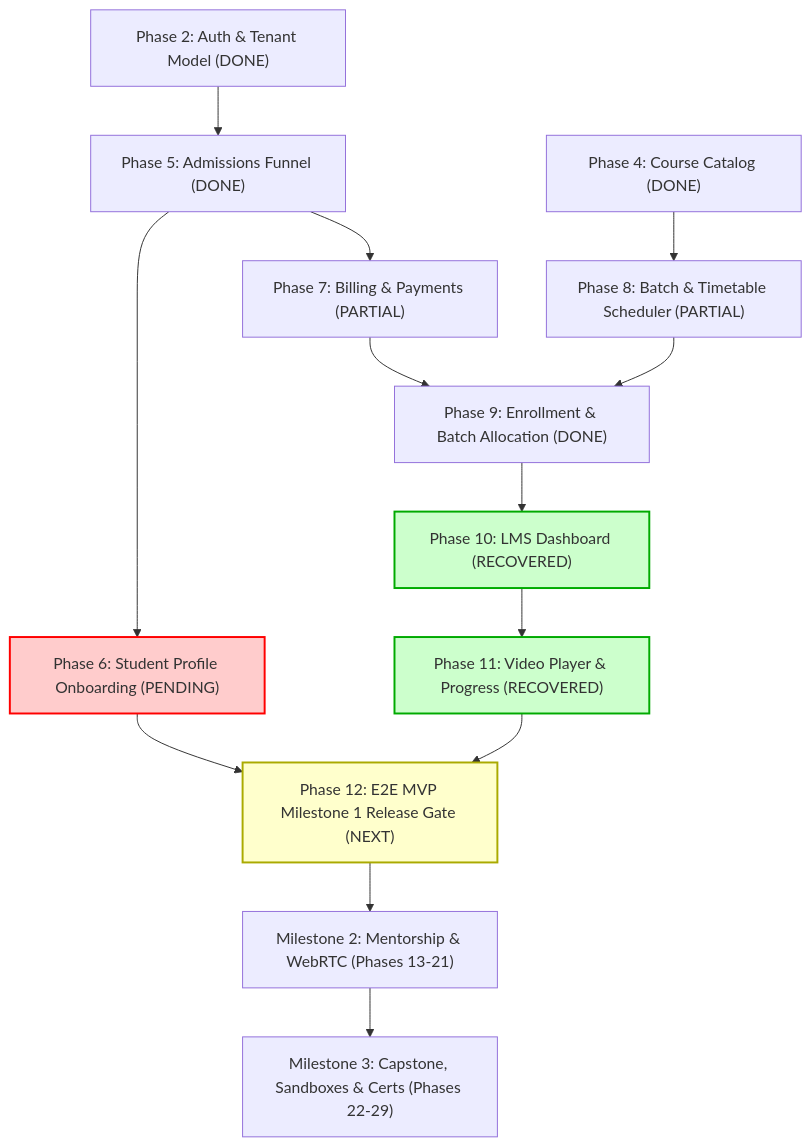
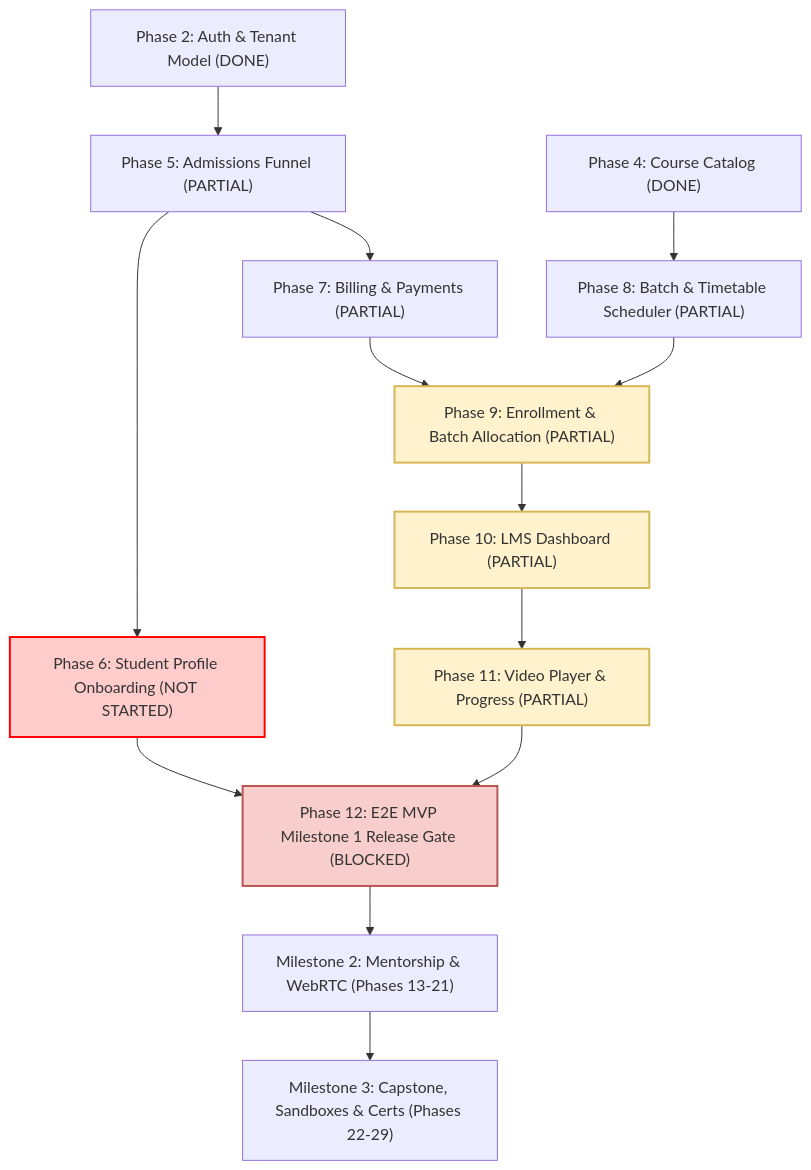
The diagram in docs/PHASE_ALIGNMENT.md (saiprakash-nexarats/academy), drawn with Mermaid before and after one commit. The commit also changed other lines of this file and 3 other files, not shown here.

Commit message:
docs(audit): complete comprehensive 70-phase development progress audit

````diff
--- a/docs/PHASE_ALIGNMENT.md
+++ b/docs/PHASE_ALIGNMENT.md
@@ -88,20 +110,21 @@
 ```mermaid
 flowchart TD
-    P2["Phase 2: Auth & Tenant Model (DONE)"] --> P5["Phase 5: Admissions Funnel (DONE)"]
+    P2["Phase 2: Auth & Tenant Model (DONE)"] --> P5["Phase 5: Admissions Funnel (PARTIAL)"]
     P4["Phase 4: Course Catalog (DONE)"] --> P8["Phase 8: Batch & Timetable Scheduler (PARTIAL)"]
     P5 --> P7["Phase 7: Billing & Payments (PARTIAL)"]
-    P5 --> P6["Phase 6: Student Profile Onboarding (PENDING)"]
-    P7 --> P9["Phase 9: Enrollment & Batch Allocation (DONE)"]
+    P5 --> P6["Phase 6: Student Profile Onboarding (NOT STARTED)"]
+    P7 --> P9["Phase 9: Enrollment & Batch Allocation (PARTIAL)"]
     P8 --> P9
-    P9 --> P10["Phase 10: LMS Dashboard (RECOVERED)"]
-    P10 --> P11["Phase 11: Video Player & Progress (RECOVERED)"]
-    P6 --> P12["Phase 12: E2E MVP Milestone 1 Release Gate (NEXT)"]
+    P9 --> P10["Phase 10: LMS Dashboard (PARTIAL)"]
+    P10 --> P11["Phase 11: Video Player & Progress (PARTIAL)"]
+    P6 --> P12["Phase 12: E2E MVP Milestone 1 Release Gate (BLOCKED)"]
     P11 --> P12
     P12 --> M2["Milestone 2: Mentorship & WebRTC (Phases 13-21)"]
     M2 --> M3["Milestone 3: Capstone, Sandboxes & Certs (Phases 22-29)"]
 
     style P6 fill:#ffcccc,stroke:#ff0000,stroke-width:2px;
-    style P10 fill:#ccffcc,stroke:#00aa00,stroke-width:2px;
-    style P11 fill:#ccffcc,stroke:#00aa00,stroke-width:2px;
-    style P12 fill:#ffffcc,stroke:#aaaa00,stroke-width:2px;
+    style P9 fill:#fff2cc,stroke:#d6b656,stroke-width:2px;
+    style P10 fill:#fff2cc,stroke:#d6b656,stroke-width:2px;
+    style P11 fill:#fff2cc,stroke:#d6b656,stroke-width:2px;
+    style P12 fill:#f8cecc,stroke:#b85450,stroke-width:2px;
 ```
````
